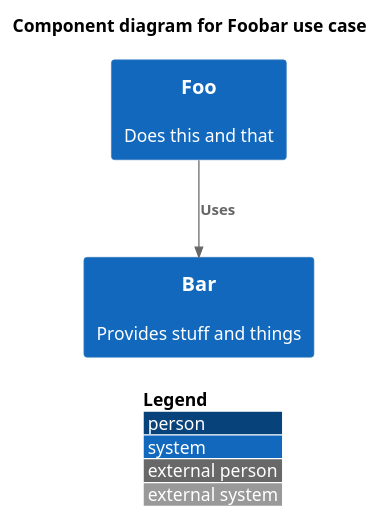
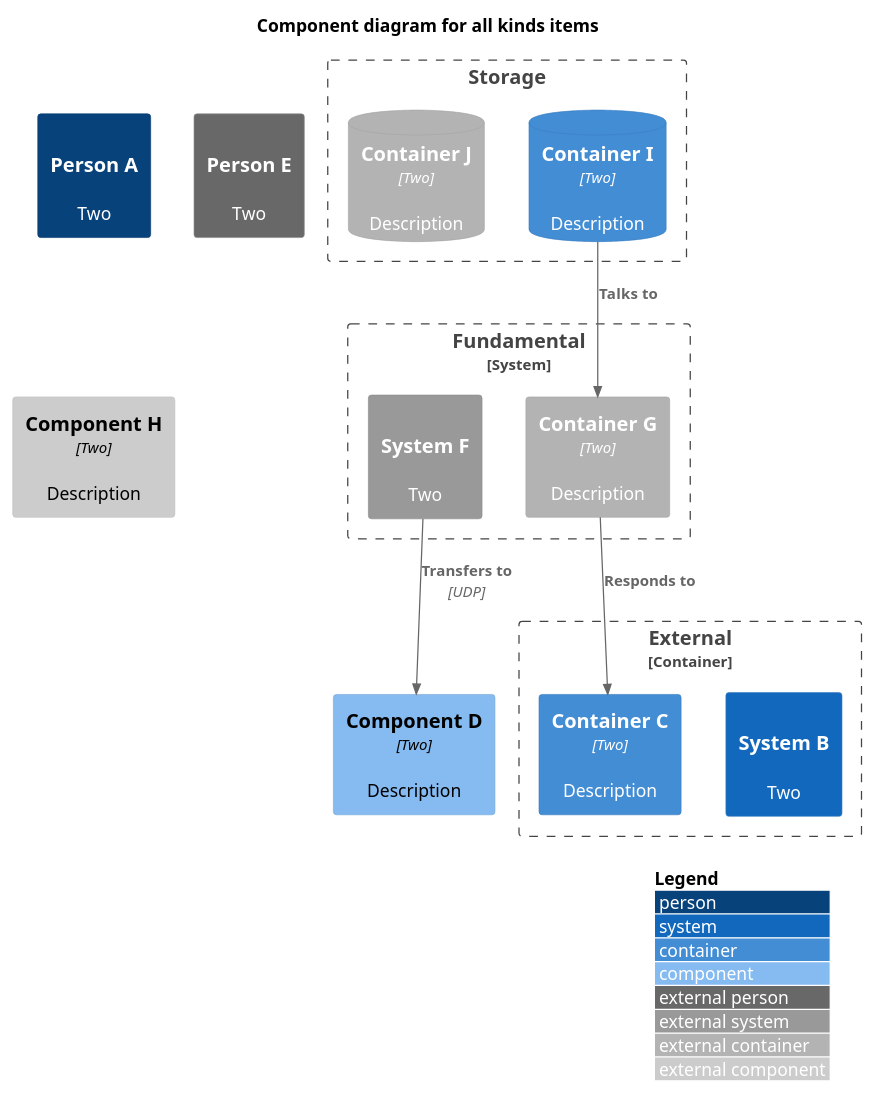
Before and after one commit to makomweb/c4-diagrams: the diagram in Component/component.puml, drawn with PlantUML.

Commit message:
playing around with components

```diff
--- a/Component/component.puml
+++ b/Component/component.puml
@@ -1,17 +1,37 @@
 @startuml
-!include https://raw.githubusercontent.com/plantuml-stdlib/C4-PlantUML/master/C4_Context.puml
+!include https://raw.githubusercontent.com/plantuml-stdlib/C4-PlantUML/master/C4_Component.puml
 ' uncomment the following line and comment the first to use locally
-' !include C4_Context.puml
+' !include C4_Component.puml
 
-LAYOUT_TOP_DOWN()
-'LAYOUT_AS_SKETCH()
 LAYOUT_WITH_LEGEND()
 
-title Component diagram for Foobar use case
+title Component diagram for all kinds items
 
-System(a, "Foo", "Does this and that")
-System(b, "Bar", "Provides stuff and things")
+Person(person_a, "Person A", "Two", "Description")
 
-Rel(a, b, "Uses")
+Container_Boundary(api, "External") {
+    System(system_b, "System B", "Two", "Description")
+    Container(container_c, "Container C", "Two", "Description")
+}
+
+Component(component_d, "Component D", "Two", "Description")
+
+Person_Ext(person_e, "Person E", "Two", "Description")
+
+System_Boundary(system, "Fundamental") {
+    System_Ext(system_f, "System F", "Two", "Description")
+    Container_Ext(container_g, "Container G", "Two", "Description")
+}
+Component_Ext(component_h, "Component H", "Two", "Description")
+
+Boundary(storage, "Storage") {
+    ContainerDb(container_i, "Container I", "Two", "Description")
+    ContainerDb_Ext(container_j, "Container J", "Two", "Description")
+}
+
+' relations
+Rel(container_i, container_g, "Talks to")
+Rel(system_f, component_d, "Transfers to", "UDP")
+Rel(container_g, container_c, "Responds to")
 
 @enduml
```
